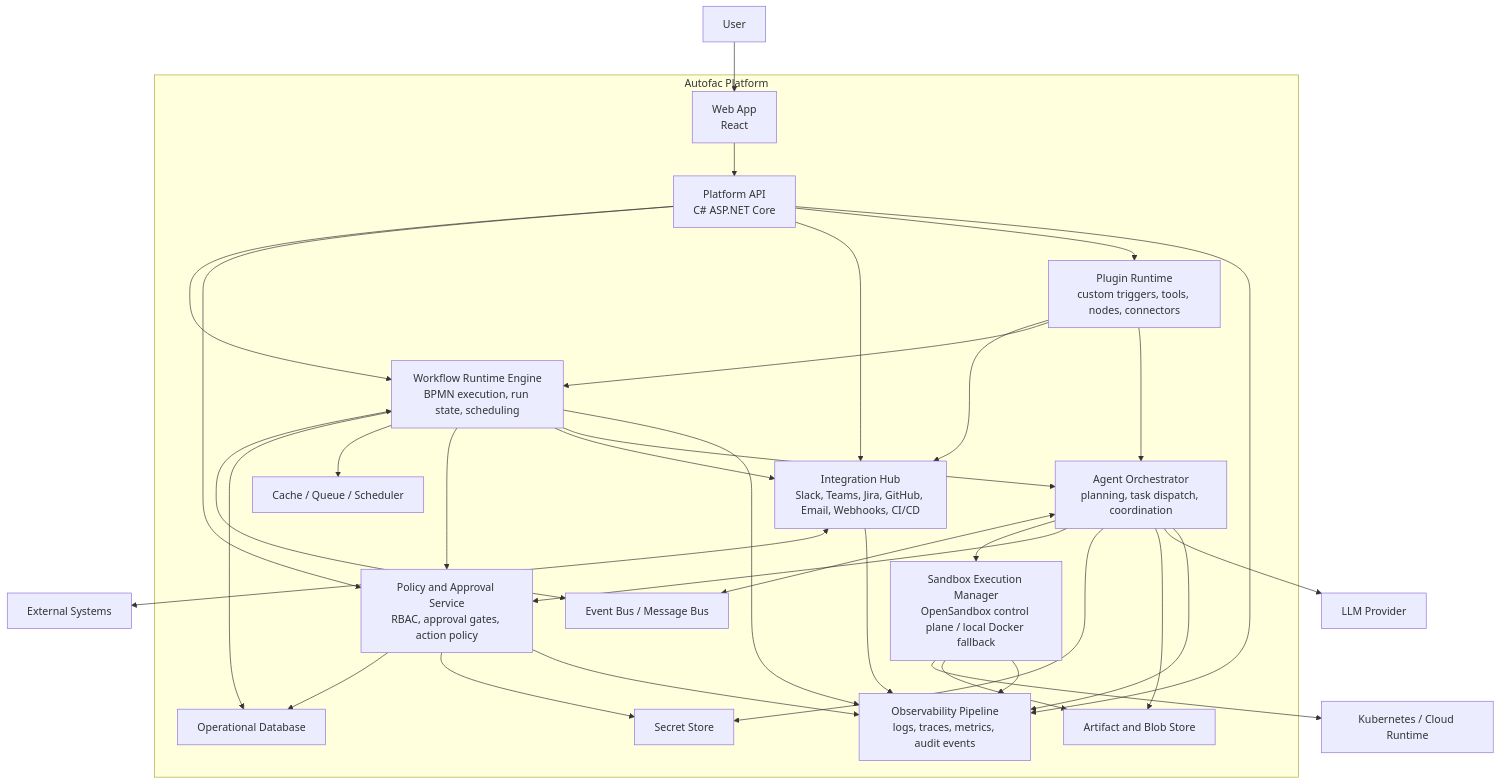
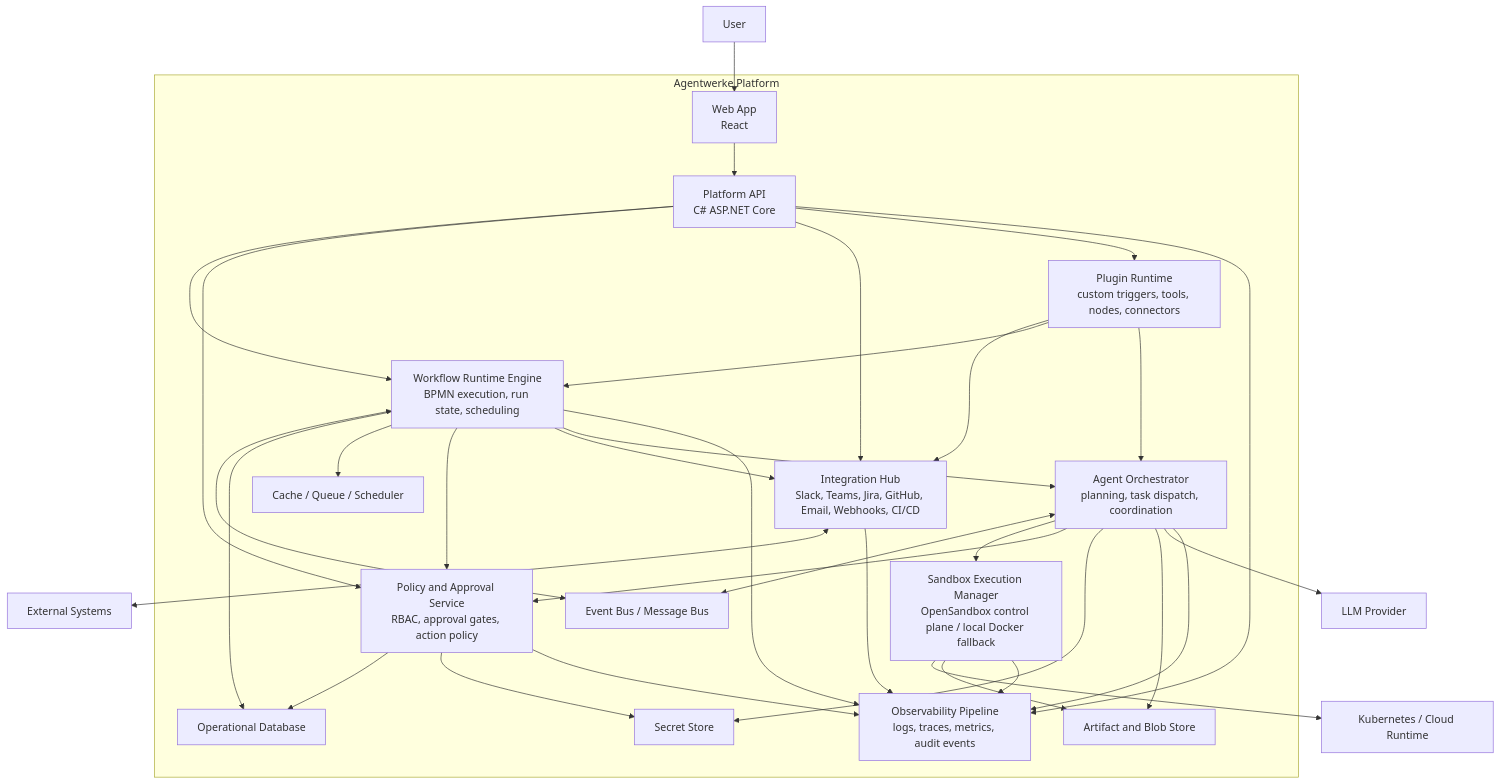
One commit to isartor-ai/agentwerke changed the second of 4 diagrams in docs/architecture-design.md. Above: the diagram before and after it, drawn with Mermaid. The commit also changed other lines of this file and 131 other files, not shown here.

````diff
--- a/docs/architecture-design.md
+++ b/docs/architecture-design.md
@@ -96,64 +96,64 @@
 ```mermaid
 flowchart TB
     user["User"]
 
-    subgraph autofac["Autofac Platform"]
+    subgraph autofac["Agentwerke Platform"]
         web["Web App\nReact"]
         api["Platform API\nC# ASP.NET Core"]
         workflow["Workflow Runtime Engine\nBPMN execution, run state, scheduling"]
         agent["Agent Orchestrator\nplanning, task dispatch, coordination"]
         sandbox["Sandbox Execution Manager\nOpenSandbox control plane / local Docker fallback"]
         policy["Policy and Approval Service\nRBAC, approval gates, action policy"]
         integration["Integration Hub\nSlack, Teams, Jira, GitHub, Email, Webhooks, CI/CD"]
         plugin["Plugin Runtime\ncustom triggers, tools, nodes, connectors"]
         obs["Observability Pipeline\nlogs, traces, metrics, audit events"]
         bus["Event Bus / Message Bus"]
         db["Operational Database"]
         store["Artifact and Blob Store"]
         secrets["Secret Store"]
         cache["Cache / Queue / Scheduler"]
     end
 
     llm["LLM Provider"]
     external["External Systems"]
     k8s["Kubernetes / Cloud Runtime"]
 
     user --> web
     web --> api
     api --> workflow
     api --> policy
     api --> integration
     api --> plugin
 
     workflow <--> bus
     workflow --> db
     workflow --> cache
     workflow --> policy
     workflow --> integration
     workflow --> agent
 
     agent <--> bus
     agent --> sandbox
     agent --> policy
     agent --> secrets
     agent --> store
     agent --> llm
 
     sandbox --> k8s
     sandbox --> store
     sandbox --> obs
 
     integration <--> external
     plugin --> integration
     plugin --> workflow
     plugin --> agent
 
     policy --> db
     policy --> secrets
     policy --> obs
 
     workflow --> obs
     agent --> obs
     integration --> obs
     api --> obs
 ```
````
